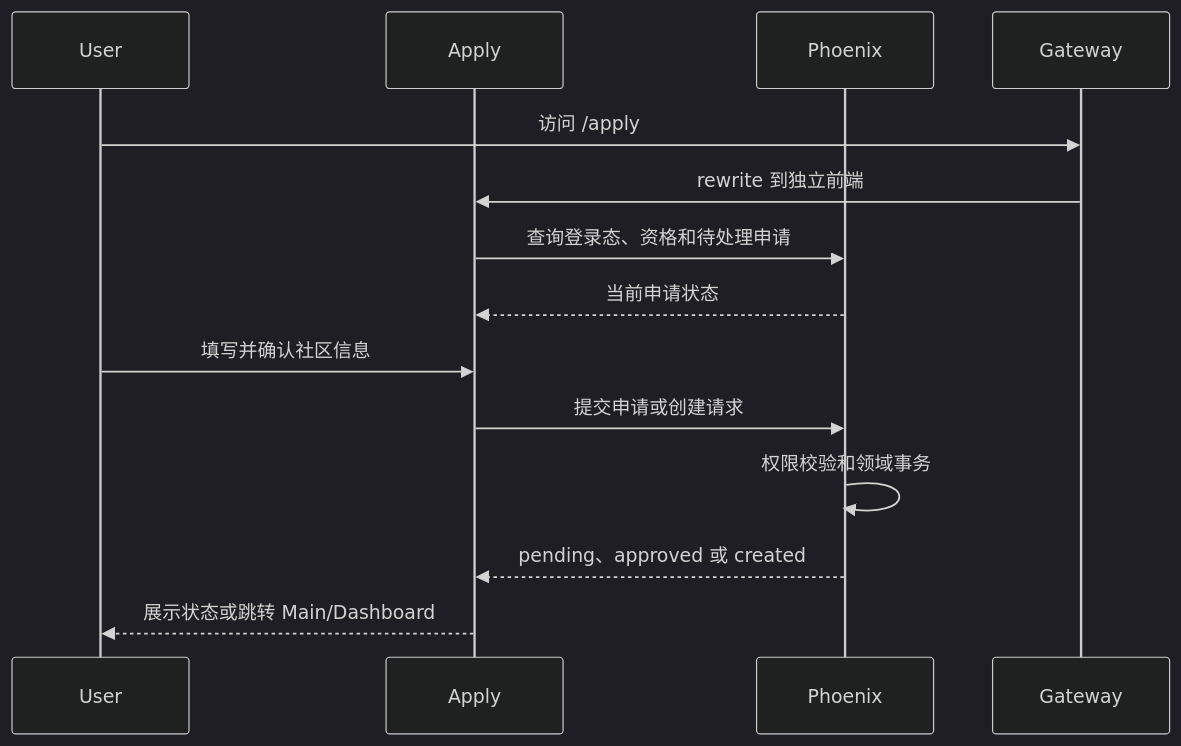
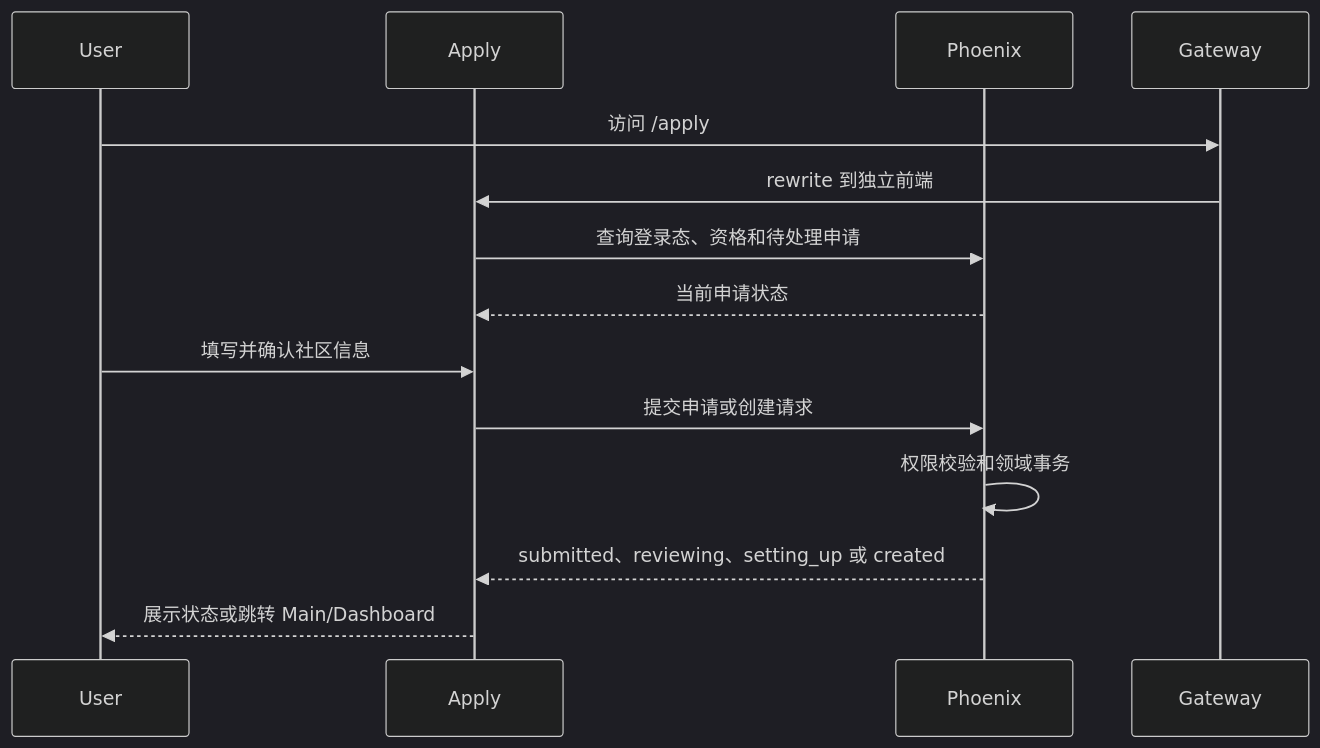
One commit to groupher/groupher changed the diagram in docs/sub-apps/apply.md. Above: the diagram before and after it, drawn with Mermaid (dark theme). The commit also changed other lines of this file and 124 other files, not shown here.

````diff
--- a/docs/sub-apps/apply.md
+++ b/docs/sub-apps/apply.md
@@ -44,17 +61,17 @@
 ```mermaid
 sequenceDiagram
   participant U as User
   participant A as Apply
   participant P as Phoenix
   participant G as Gateway
 
   U->>G: 访问 /apply
   G->>A: rewrite 到独立前端
   A->>P: 查询登录态、资格和待处理申请
   P-->>A: 当前申请状态
   U->>A: 填写并确认社区信息
   A->>P: 提交申请或创建请求
   P->>P: 权限校验和领域事务
-  P-->>A: pending、approved 或 created
+  P-->>A: submitted、reviewing、setting_up 或 created
   A-->>U: 展示状态或跳转 Main/Dashboard
 ```
````
